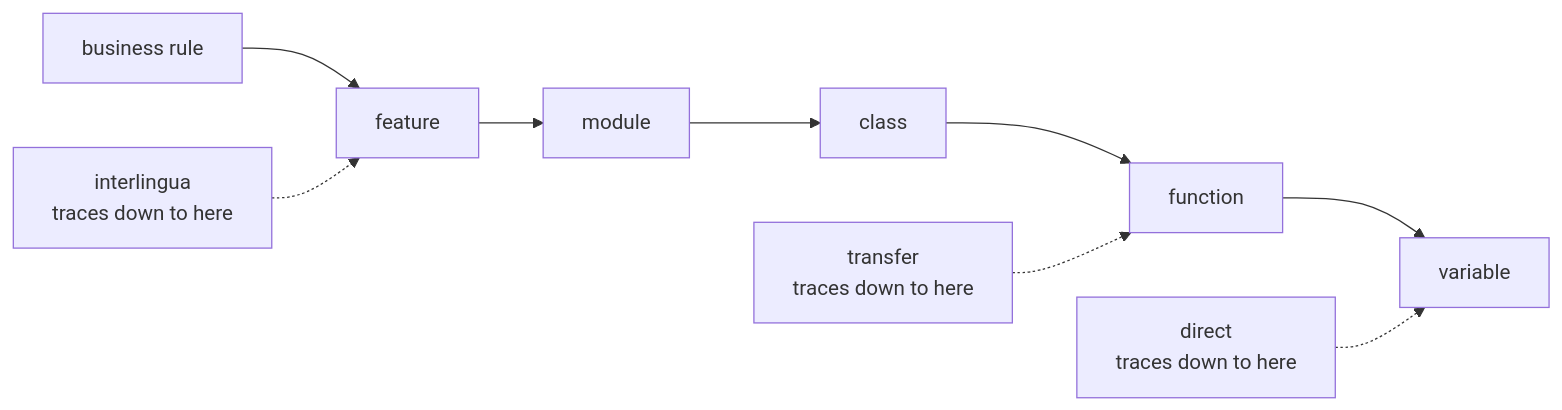
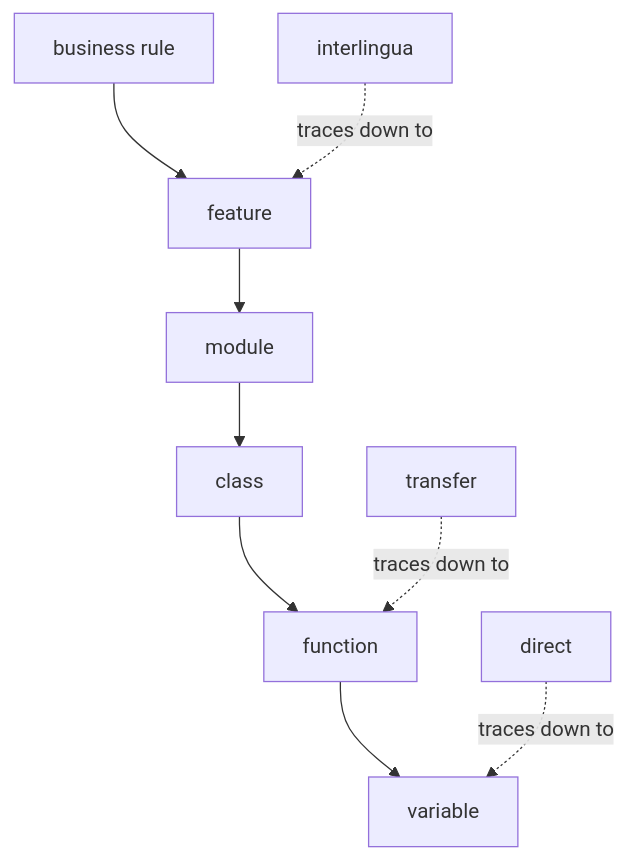
One commit to locchh/blogs changed the second of 2 diagrams in src/content/blog/migration_is_translation.md. Above: the diagram before and after it, drawn with Mermaid. The commit also changed other lines of this file, not shown here.

````diff
--- a/src/content/blog/migration_is_translation.md
+++ b/src/content/blog/migration_is_translation.md
@@ -74,7 +80,7 @@
 ```mermaid
-flowchart LR
+flowchart TD
   B["business rule"] --> F["feature"] --> M["module"] --> C["class"] --> FN["function"] --> V["variable"]
-  I["interlingua<br/>traces down to here"] -.-> F
-  TR["transfer<br/>traces down to here"] -.-> FN
-  D["direct<br/>traces down to here"] -.-> V
+  I["interlingua"] -.->|"traces down to"| F
+  TR["transfer"] -.->|"traces down to"| FN
+  D["direct"] -.->|"traces down to"| V
 ```
````
